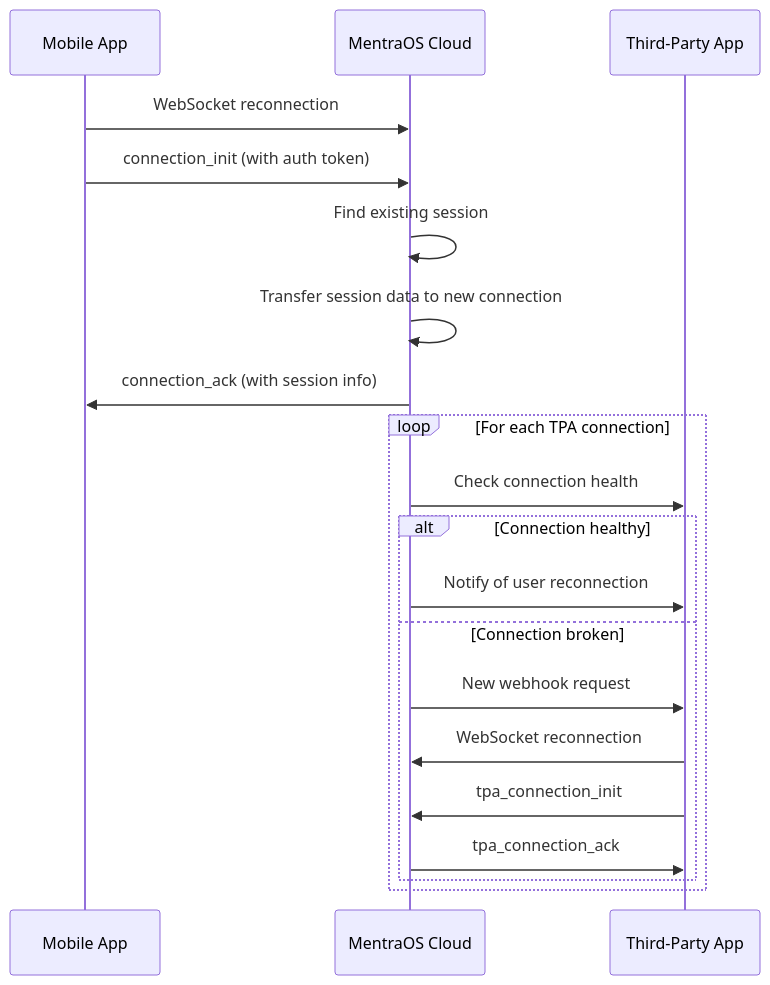
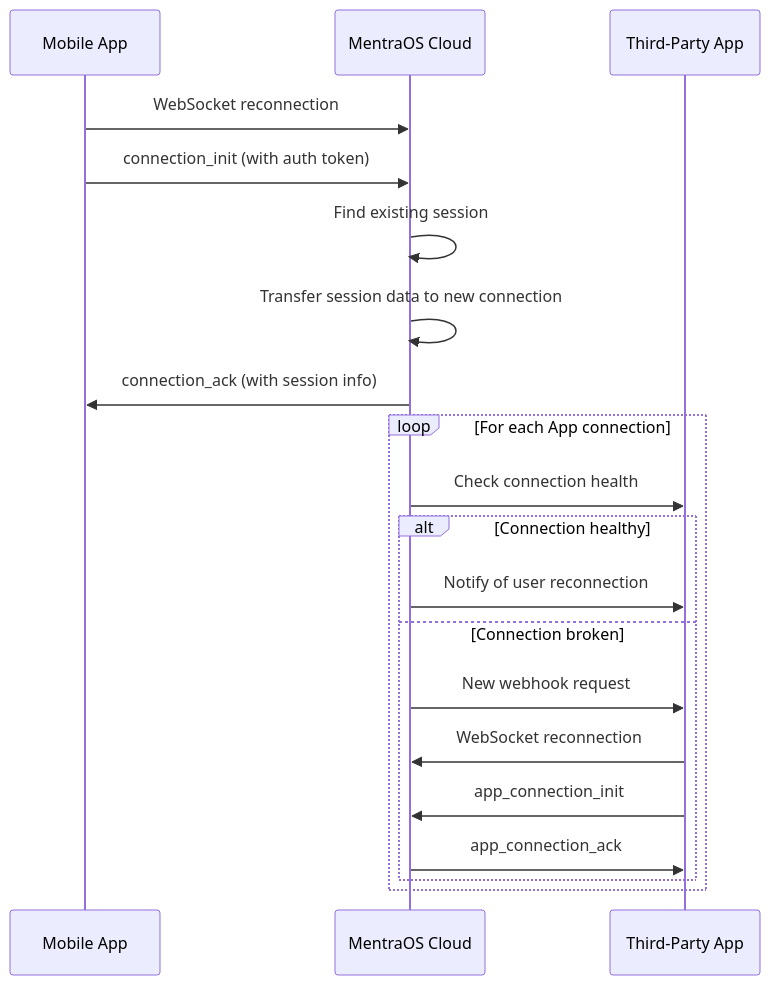
One commit to ebowwa/MentraOS changed the third of 4 diagrams in augmentos_cloud/docs/1. SYSTEM-ARCHITECTURE.md. Above: the diagram before and after it, drawn with Mermaid. The commit also changed other lines of this file and 280 other files, not shown here.

Commit message:
change tpa to app in text

````diff
--- a/augmentos_cloud/docs/1. SYSTEM-ARCHITECTURE.md
+++ b/augmentos_cloud/docs/1. SYSTEM-ARCHITECTURE.md
@@ -185,24 +185,24 @@
 ```mermaid
 sequenceDiagram
     participant Phone as Mobile App
     participant Cloud as MentraOS Cloud
-    participant TPA as Third-Party App
+    participant App as Third-Party App
 
     Phone->>Cloud: WebSocket reconnection
     Phone->>Cloud: connection_init (with auth token)
     Cloud->>Cloud: Find existing session
     Cloud->>Cloud: Transfer session data to new connection
     Cloud->>Phone: connection_ack (with session info)
 
-    loop For each TPA connection
-        Cloud->>TPA: Check connection health
+    loop For each App connection
+        Cloud->>App: Check connection health
         alt Connection healthy
-            Cloud->>TPA: Notify of user reconnection
+            Cloud->>App: Notify of user reconnection
         else Connection broken
-            Cloud->>TPA: New webhook request
-            TPA->>Cloud: WebSocket reconnection
-            TPA->>Cloud: tpa_connection_init
-            Cloud->>TPA: tpa_connection_ack
+            Cloud->>App: New webhook request
+            App->>Cloud: WebSocket reconnection
+            App->>Cloud: app_connection_init
+            Cloud->>App: app_connection_ack
         end
     end
 ```
````
